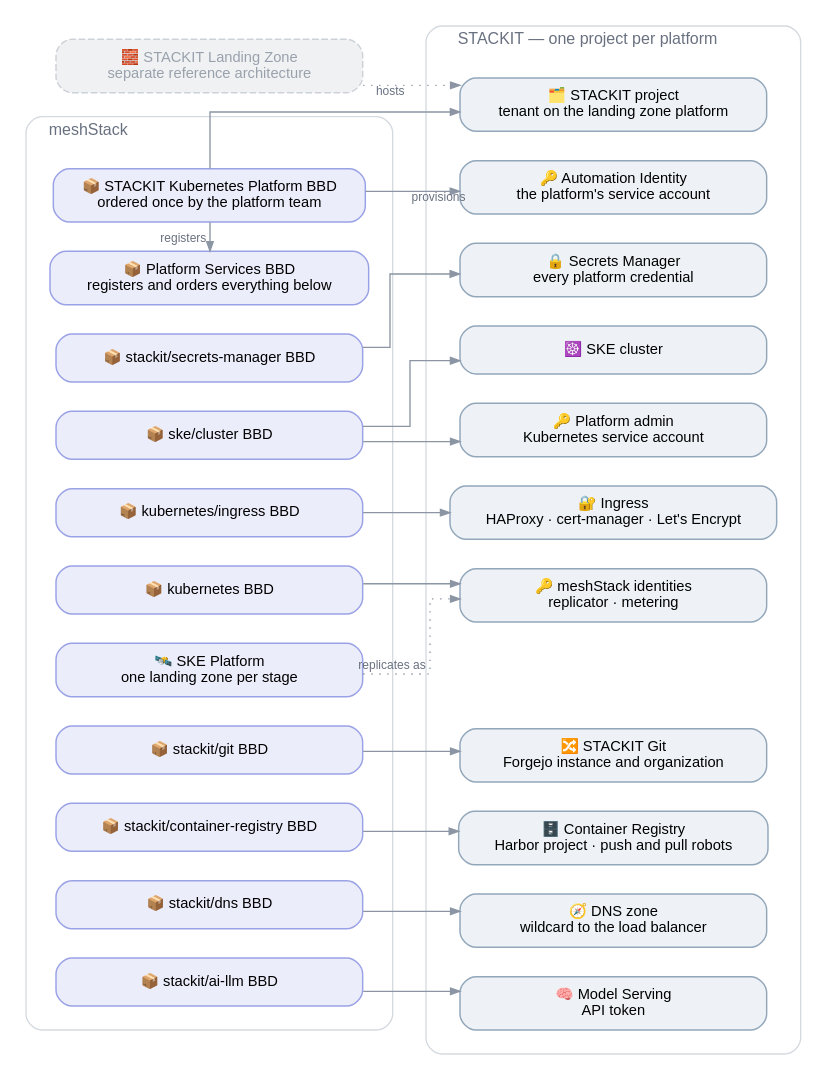
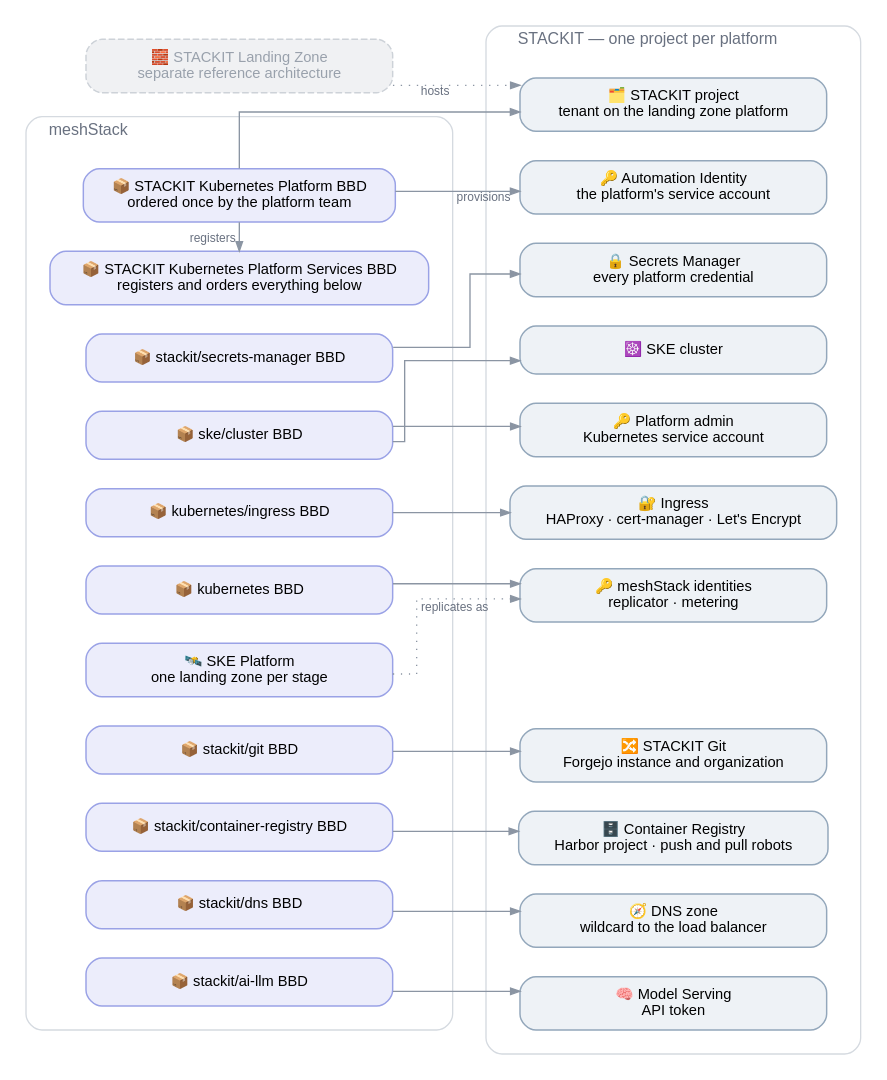
One commit to meshcloud/meshstack-hub changed the diagram in reference-architectures/stackit-kubernetes/stackit-kubernetes.dot. Above: the diagram before and after it, drawn with Graphviz. The commit also changed 11 other files, not shown here.

First line of the commit message:
feat(ref-arch/stackit-kubernetes): name the building blocks and project after the platform identifier

```diff
--- a/reference-architectures/stackit-kubernetes/stackit-kubernetes.dot
+++ b/reference-architectures/stackit-kubernetes/stackit-kubernetes.dot
@@ -1,85 +1,85 @@
 /*
  * STACKIT Kubernetes (SKE) reference architecture — platform-team view: the definitions the platform
  * registers and what each provisions. The per-application-team view is
  * stackit-kubernetes-app-team.dot; the building block tree is stackit-kubernetes-building-blocks.dot.
  * rankdir=LR stacks each column top-down, so the diagram stays narrow.
  * Conventions: .agents/references/diagrams.md — render with: task diagrams
  */
 digraph stackit_kubernetes_platform {
   rankdir=LR
   splines=ortho
   forcelabels=true
   bgcolor="white"
   nodesep=0.3
   ranksep=0.85
 
   node [shape=box style="rounded,filled" fontname="Helvetica" fontsize=11
         fillcolor="#ffffff" color="#a2abb8" penwidth=1.1 margin="0.20,0.11" width=3.2]
   edge [fontname="Helvetica" fontsize=9 fontcolor="#697180" color="#8b95a3" arrowsize=0.7]
 
   LZBB [label="🧱 STACKIT Landing Zone\nseparate reference architecture"
         style="rounded,filled,dashed" fillcolor="#f0f1f3" color="#cdd2d8" fontcolor="#99a1ac"]
 
   subgraph cluster_mesh {
     label="  meshStack"
     labeljust=l
     fontname="Helvetica" fontsize=12 fontcolor="#697180"
     style="rounded" color="#d5dae0"
     margin=18
 
     OUTER  [label="📦 STACKIT Kubernetes Platform BBD\nordered once by the platform team" fillcolor="#ecedfb" color="#9aa2e6"]
-    SVC    [label="📦 Platform Services BBD\nregisters and orders everything below" fillcolor="#ecedfb" color="#9aa2e6"]
+    SVC    [label="📦 STACKIT Kubernetes Platform Services BBD\nregisters and orders everything below" fillcolor="#ecedfb" color="#9aa2e6"]
     BBD_S  [label="📦 stackit/secrets-manager BBD" fillcolor="#ecedfb" color="#9aa2e6"]
     BBD_K  [label="📦 ske/cluster BBD" fillcolor="#ecedfb" color="#9aa2e6"]
     BBD_I  [label="📦 kubernetes/ingress BBD" fillcolor="#ecedfb" color="#9aa2e6"]
     BBD_A  [label="📦 kubernetes BBD" fillcolor="#ecedfb" color="#9aa2e6"]
     PLAT   [label="🛰️ SKE Platform\none landing zone per stage" fillcolor="#ecedfb" color="#9aa2e6"]
     BBD_G  [label="📦 stackit/git BBD" fillcolor="#ecedfb" color="#9aa2e6"]
     BBD_H  [label="📦 stackit/container-registry BBD" fillcolor="#ecedfb" color="#9aa2e6"]
     BBD_D  [label="📦 stackit/dns BBD" fillcolor="#ecedfb" color="#9aa2e6"]
     BBD_M  [label="📦 stackit/ai-llm BBD" fillcolor="#ecedfb" color="#9aa2e6"]
 
     // Under rankdir=LR a same-rank chain stacks upwards, so it runs bottom to top.
     { rank=same; BBD_M -> BBD_D -> BBD_H -> BBD_G -> PLAT -> BBD_A -> BBD_I -> BBD_K -> BBD_S -> SVC [style=invis] }
     { rank=same; SVC -> OUTER [dir=back xlabel="registers"] }
   }
 
   subgraph cluster_stackit {
     label="  STACKIT — one project per platform"
     labeljust=l
     fontname="Helvetica" fontsize=12 fontcolor="#697180"
     style="rounded" color="#d5dae0"
     margin=18
 
     PROJ   [label="🗂️ STACKIT project\ntenant on the landing zone platform" fillcolor="#eef2f6" color="#93a7bb"]
     SA     [label="🔑 Automation Identity\nthe platform's service account" fillcolor="#eef2f6" color="#93a7bb"]
     SM     [label="🔒 Secrets Manager\nevery platform credential" fillcolor="#eef2f6" color="#93a7bb"]
     SKE    [label="☸️ SKE cluster" fillcolor="#eef2f6" color="#93a7bb"]
     KSA    [label="🔑 Platform admin\nKubernetes service account" fillcolor="#eef2f6" color="#93a7bb"]
     ING    [label="🔐 Ingress\nHAProxy · cert-manager · Let's Encrypt" fillcolor="#eef2f6" color="#93a7bb"]
     AGENT  [label="🔑 meshStack identities\nreplicator · metering" fillcolor="#eef2f6" color="#93a7bb"]
     GIT    [label="🔀 STACKIT Git\nForgejo instance and organization" fillcolor="#eef2f6" color="#93a7bb"]
     HARBOR [label="🗄️ Container Registry\nHarbor project · push and pull robots" fillcolor="#eef2f6" color="#93a7bb"]
     DNS    [label="🧭 DNS zone\nwildcard to the load balancer" fillcolor="#eef2f6" color="#93a7bb"]
     MODEL  [label="🧠 Model Serving\nAPI token" fillcolor="#eef2f6" color="#93a7bb"]
 
     // Keeps each resource level with its definition opposite the SKE Platform row.
     PAD [style=invis label=""]
 
     { rank=same; MODEL -> DNS -> HARBOR -> GIT -> PAD -> AGENT -> ING -> KSA -> SKE -> SM -> SA -> PROJ [style=invis] }
   }
 
   LZBB  -> PROJ   [xlabel="hosts" style=dotted]
   OUTER -> PROJ
   OUTER -> SA     [xlabel="provisions"]
   BBD_S -> SM
   BBD_K -> SKE
   BBD_K -> KSA
   BBD_I -> ING
   BBD_A -> AGENT
   PLAT  -> AGENT  [xlabel="replicates as" style=dotted]
   BBD_G -> GIT
   BBD_H -> HARBOR
   BBD_D -> DNS
   BBD_M -> MODEL
 }
```
